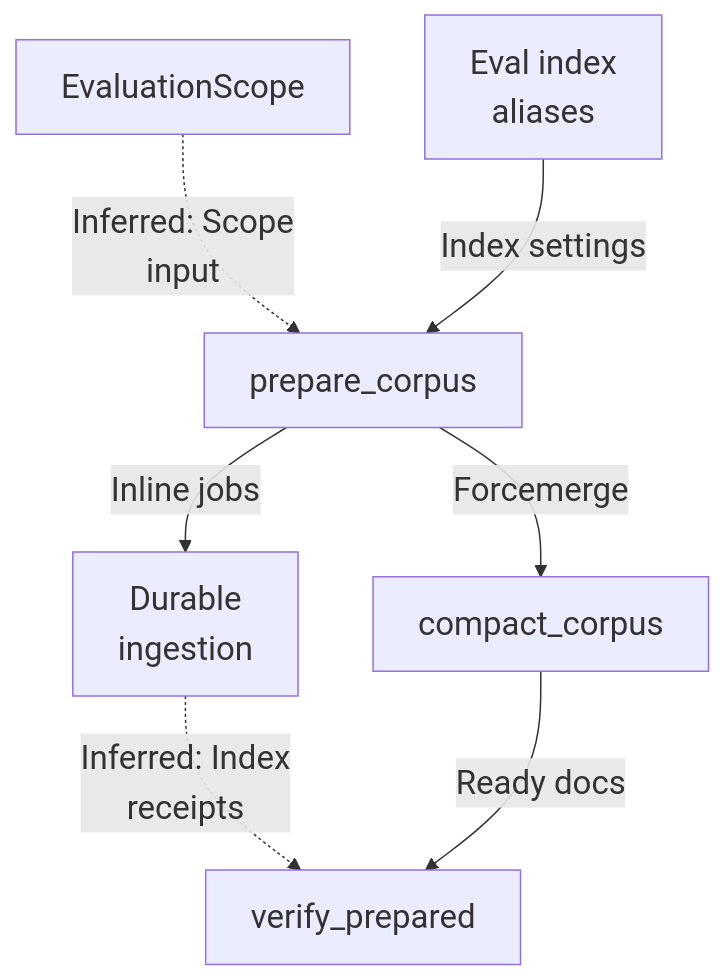
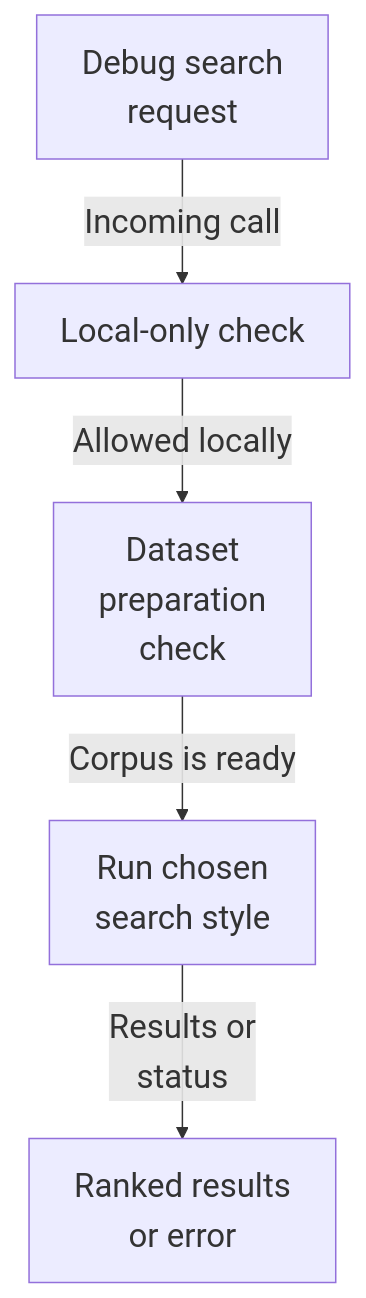
One commit to Justin-Mendoza/Afterclass changed the diagram in maps/evaluation/diagram-02.mmd. Above: the diagram before and after it, drawn with Mermaid. The commit also changed 91 other files, not shown here.

```diff
--- a/maps/evaluation/diagram-02.mmd
+++ b/maps/evaluation/diagram-02.mmd
@@ -1,14 +1,11 @@
 %%{init: {"themeVariables": {"fontSize": "22px"}}}%%
 flowchart TD
-  n0["EvaluationScope"]
-  n1["Eval index<br/>aliases"]
-  n2["prepare_corpus"]
-  n3["Durable<br/>ingestion"]
-  n4["compact_corpus"]
-  n5["verify_prepared"]
-  n0 -.->|"Inferred: Scope<br/>input"| n2
-  n1 -->|"Index settings"| n2
-  n2 -->|"Inline jobs"| n3
-  n2 -->|"Forcemerge"| n4
-  n3 -.->|"Inferred: Index<br/>receipts"| n5
-  n4 -->|"Ready docs"| n5
+  n0["Debug search<br/>request"]
+  n1["Local-only check"]
+  n2["Dataset<br/>preparation<br/>check"]
+  n3["Run chosen<br/>search style"]
+  n4["Ranked results<br/>or error"]
+  n0 -->|"Incoming call"| n1
+  n1 -->|"Allowed locally"| n2
+  n2 -->|"Corpus is ready"| n3
+  n3 -->|"Results or<br/>status"| n4
```
